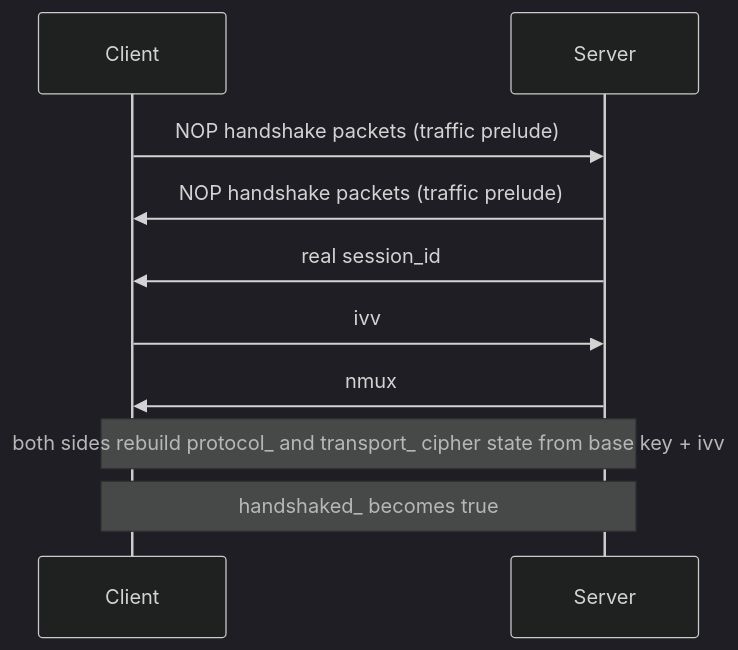
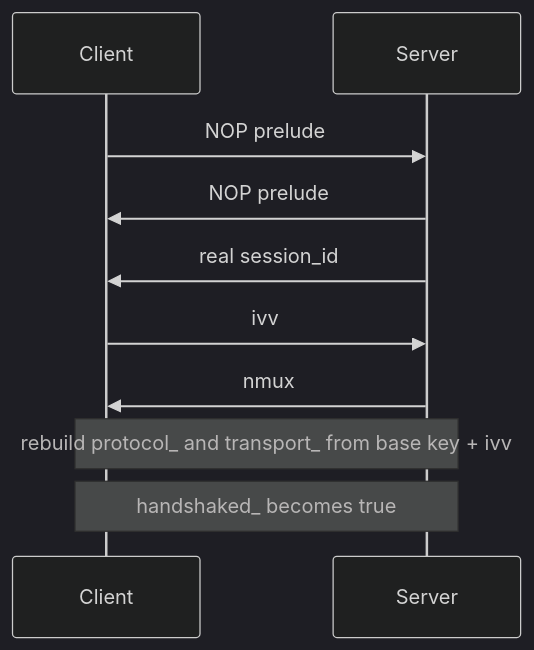
Before and after one commit to HyacinthHaru/openppp2: the first of 2 diagrams in docs/HANDSHAKE_SEQUENCE.md, drawn with Mermaid (dark theme). The commit also changed other lines of this file and 45 other files, not shown here.

````diff
--- a/docs/HANDSHAKE_SEQUENCE.md
+++ b/docs/HANDSHAKE_SEQUENCE.md
@@ -82,12 +34,12 @@
 ```mermaid
 sequenceDiagram
     participant C as Client
     participant S as Server
-    C->>S: NOP handshake packets (traffic prelude)
-    S->>C: NOP handshake packets (traffic prelude)
+    C->>S: NOP prelude
+    S->>C: NOP prelude
     S->>C: real session_id
     C->>S: ivv
     S->>C: nmux
-    Note over C,S: both sides rebuild protocol_ and transport_ cipher state from base key + ivv
+    Note over C,S: rebuild protocol_ and transport_ from base key + ivv
     Note over C,S: handshaked_ becomes true
 ```
````
